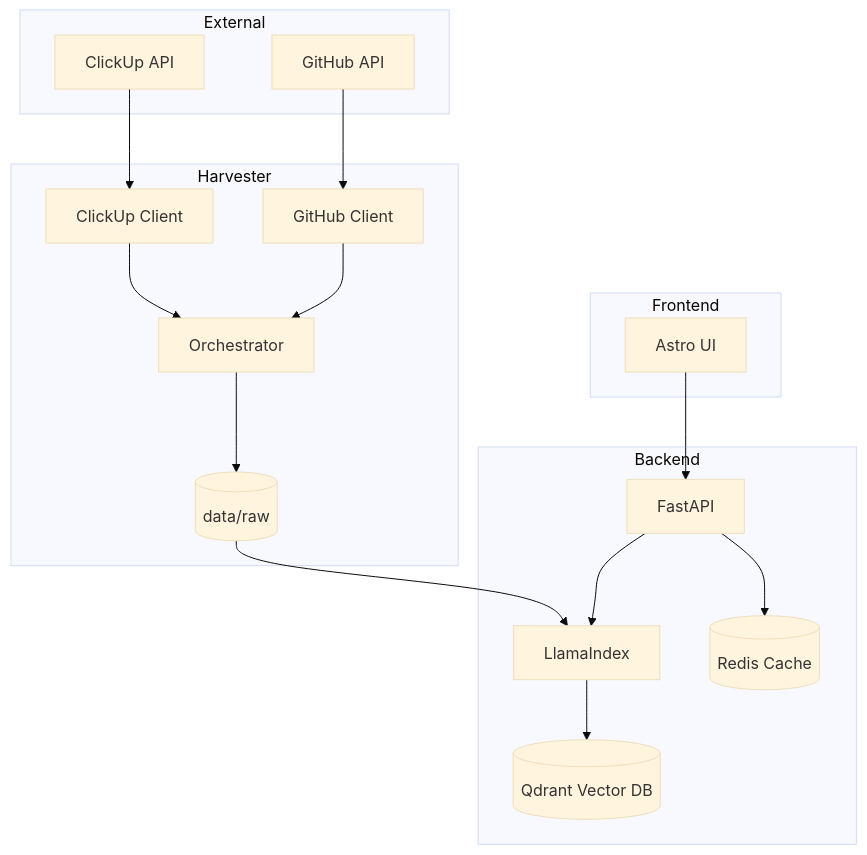
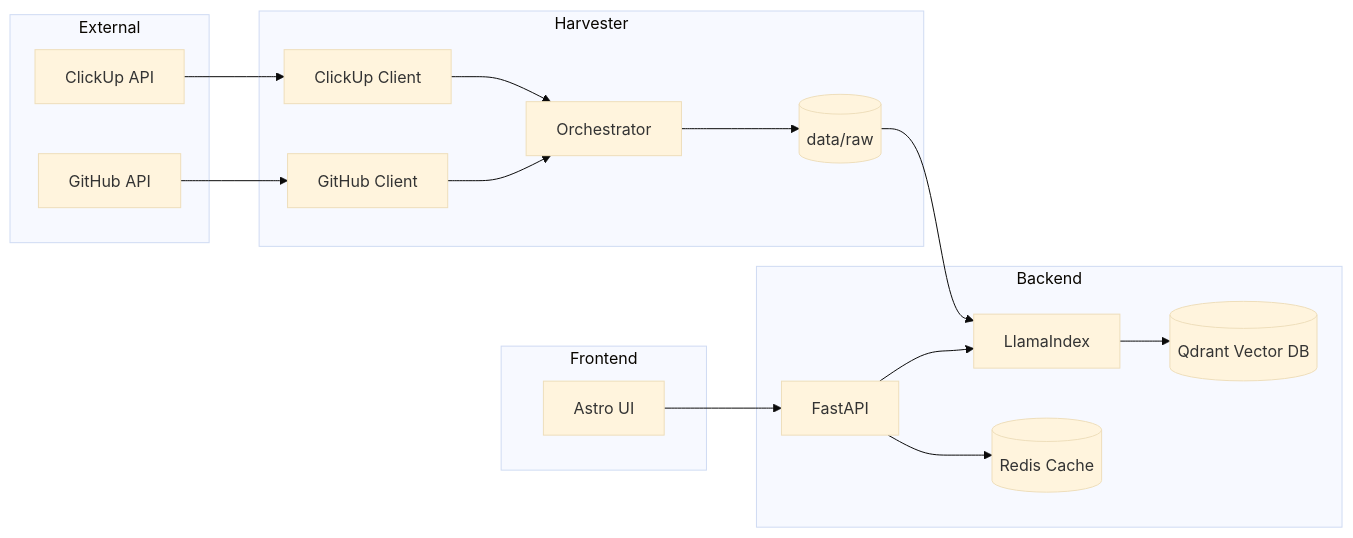
Before and after one commit to jmiguelv/klippy: the diagram in README.md, drawn with Mermaid (base theme). The commit also changed other lines of this file, not shown here.

````diff
--- a/README.md
+++ b/README.md
@@ -9,36 +9,36 @@
 ```mermaid
-graph TD
+graph LR
     subgraph External
         CU[ClickUp API]
         GH[GitHub API]
     end
 
     subgraph Harvester
         ORCH[Orchestrator]
         CU_C[ClickUp Client]
         GH_C[GitHub Client]
         DATA_RAW[(data/raw)]
     end
 
     subgraph Backend
         FAST[FastAPI]
         LI[LlamaIndex]
         QD[(Qdrant Vector DB)]
         RD[(Redis Cache)]
     end
 
     subgraph Frontend
         AST[Astro UI]
     end
 
     CU --> CU_C
     GH --> GH_C
     CU_C --> ORCH
     GH_C --> ORCH
     ORCH --> DATA_RAW
     DATA_RAW --> LI
     LI --> QD
     AST --> FAST
     FAST --> RD
     FAST --> LI
 ```
````
